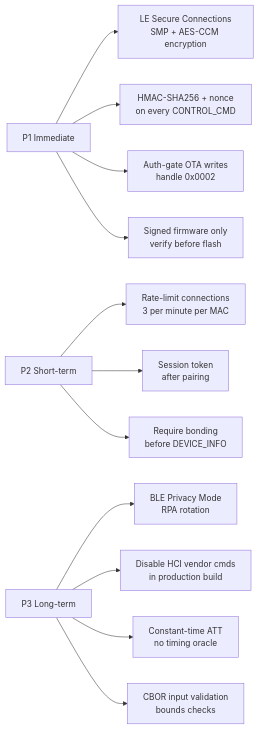
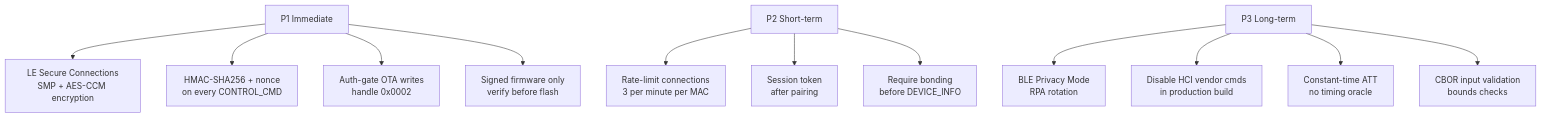
Before and after one commit to V33RU/veera.github.io: the eighth of 9 diagrams in content/blog/godrej-smart-matic.md, drawn with Mermaid. The commit also changed other lines of this file, not shown here.

````diff
--- a/content/blog/godrej-smart-matic.md
+++ b/content/blog/godrej-smart-matic.md
@@ -901,14 +873,14 @@
 ```mermaid
-graph LR
-    P1[P1 Immediate] --> A1[LE Secure Connections\nSMP + AES-CCM encryption]
-    P1 --> A2[HMAC-SHA256 + nonce\non every CONTROL_CMD]
-    P1 --> A3[Auth-gate OTA writes\nhandle 0x0002]
-    P1 --> A4[Signed firmware only\nverify before flash]
-    P2[P2 Short-term] --> B1[Rate-limit connections\n3 per minute per MAC]
-    P2 --> B2[Session token\nafter pairing]
-    P2 --> B3[Require bonding\nbefore DEVICE_INFO]
-    P3[P3 Long-term] --> C1[BLE Privacy Mode\nRPA rotation]
-    P3 --> C2[Disable HCI vendor cmds\nin production build]
-    P3 --> C3[Constant-time ATT\nno timing oracle]
-    P3 --> C4[CBOR input validation\nbounds checks]
+graph TB
+    P1[P1 Immediate] --> A1["LE Secure Connections<br/>SMP + AES-CCM encryption"]
+    P1 --> A2["HMAC-SHA256 + nonce<br/>on every CONTROL_CMD"]
+    P1 --> A3["Auth-gate OTA writes<br/>handle 0x0002"]
+    P1 --> A4["Signed firmware only<br/>verify before flash"]
+    P2[P2 Short-term] --> B1["Rate-limit connections<br/>3 per minute per MAC"]
+    P2 --> B2["Session token<br/>after pairing"]
+    P2 --> B3["Require bonding<br/>before DEVICE_INFO"]
+    P3[P3 Long-term] --> C1["BLE Privacy Mode<br/>RPA rotation"]
+    P3 --> C2["Disable HCI vendor cmds<br/>in production build"]
+    P3 --> C3["Constant-time ATT<br/>no timing oracle"]
+    P3 --> C4["CBOR input validation<br/>bounds checks"]
 ```
````
